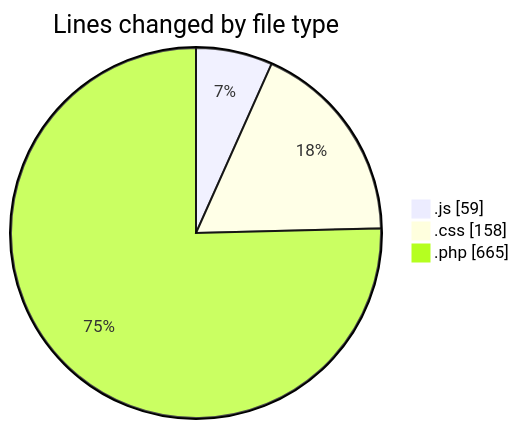
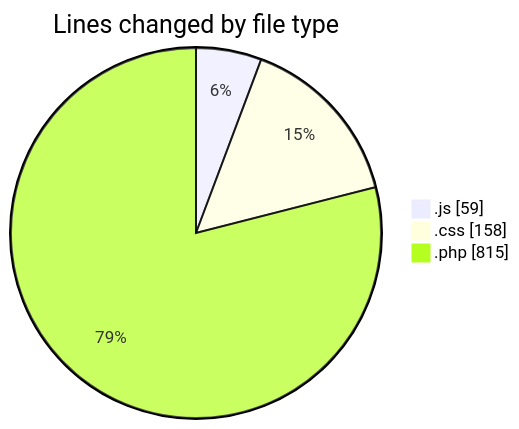
Before and after one commit to lephambinh05/code-tracking: the first of 2 diagrams in 2025-08-25/quytuthien_vn/README.md, drawn with Mermaid. The commit also changed other lines of this file and 1 other file, not shown here.

````diff
--- a/2025-08-25/quytuthien_vn/README.md
+++ b/2025-08-25/quytuthien_vn/README.md
@@ -30,7 +33,7 @@
 ```mermaid
 pie showData
 title Lines changed by file type
 ".js" : 59
 ".css" : 158
-".php" : 665
+".php" : 815
 ```
````
